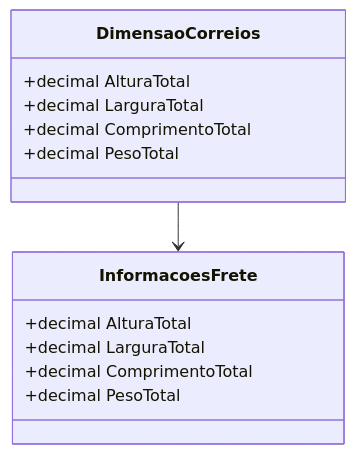
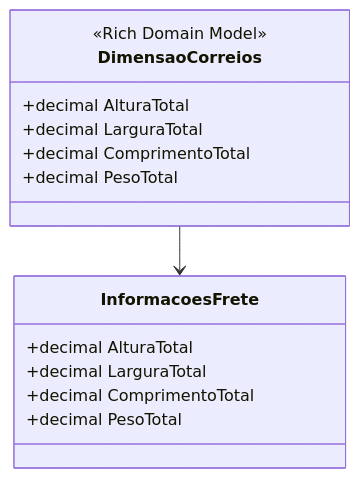
One commit to IsthmusSistemas/documentacao-tecnica changed the diagram in docs/b2b-dominio/IsthmusWinthor.Nucleo/IsthmusWinthor.Dominio/POCO/DimensaoCorreios.md. Above: the diagram before and after it, drawn with Mermaid. The commit also changed other lines of this file and 882 other files, not shown here.

````diff
--- a/docs/b2b-dominio/IsthmusWinthor.Nucleo/IsthmusWinthor.Dominio/POCO/DimensaoCorreios.md
+++ b/docs/b2b-dominio/IsthmusWinthor.Nucleo/IsthmusWinthor.Dominio/POCO/DimensaoCorreios.md
@@ -52,16 +52,17 @@
 ```mermaid
 classDiagram
     class DimensaoCorreios {
+        <<Rich Domain Model>>
         +decimal AlturaTotal
         +decimal LarguraTotal
         +decimal ComprimentoTotal
         +decimal PesoTotal
     }
     class InformacoesFrete {
         +decimal AlturaTotal
         +decimal LarguraTotal
         +decimal ComprimentoTotal
         +decimal PesoTotal
     }
     DimensaoCorreios --> InformacoesFrete
 ```
````
